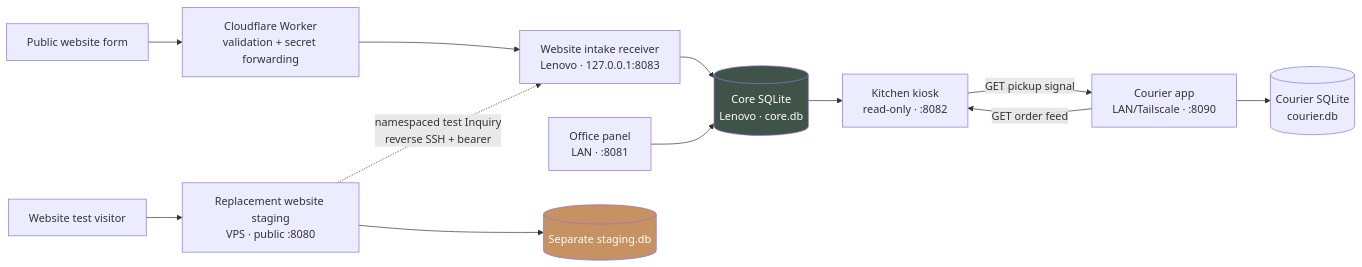
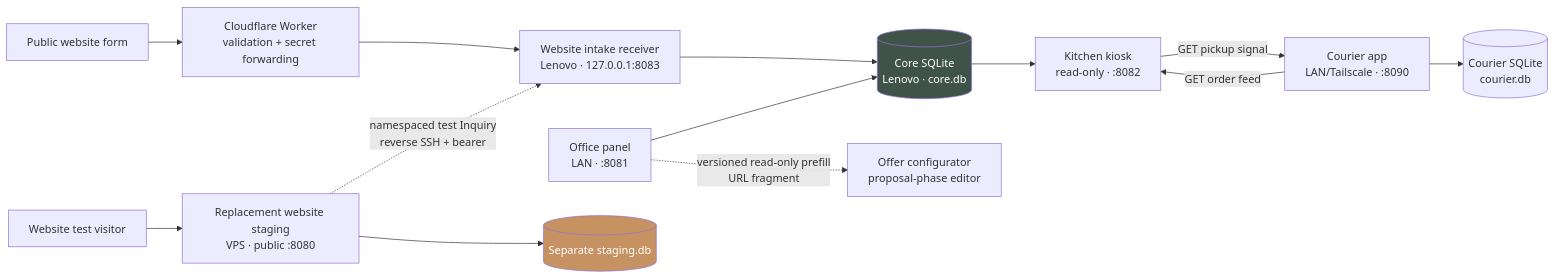
One commit to VikJo1978/silberloeffel-catering changed the first of 2 diagrams in docs/architecture.md. Above: the diagram before and after it, drawn with Mermaid. The commit also changed other lines of this file and 14 other files, not shown here.

Commit message:
Add Inquiry to offer prefill handoff

````diff
--- a/docs/architecture.md
+++ b/docs/architecture.md
@@ -5,19 +5,20 @@
 ```mermaid
 flowchart LR
     Browser["Public website form"] --> Worker["Cloudflare Worker\nvalidation + secret forwarding"]
     Worker --> Receiver["Website intake receiver\nLenovo · 127.0.0.1:8083"]
     Receiver --> Core[("Core SQLite\nLenovo · core.db")]
 
     Office["Office panel\nLAN · :8081"] --> Core
+    Office -. "versioned read-only prefill\nURL fragment" .-> Configurator["Offer configurator\nproposal-phase editor"]
     Core --> Kiosk["Kitchen kiosk\nread-only · :8082"]
     Courier["Courier app\nLAN/Tailscale · :8090"] --> CourierDB[("Courier SQLite\ncourier.db")]
     Courier -->|"GET order feed"| Kiosk
     Kiosk -->|"GET pickup signal"| Courier
 
     StagingBrowser["Website test visitor"] --> Staging["Replacement website staging\nVPS · public :8080"]
     Staging --> StagingDB[("Separate staging.db")]
     Staging -. "namespaced test Inquiry\nreverse SSH + bearer" .-> Receiver
 
     style Core fill:#405349,color:#fff
     style StagingDB fill:#c79262,color:#fff
 ```
````
